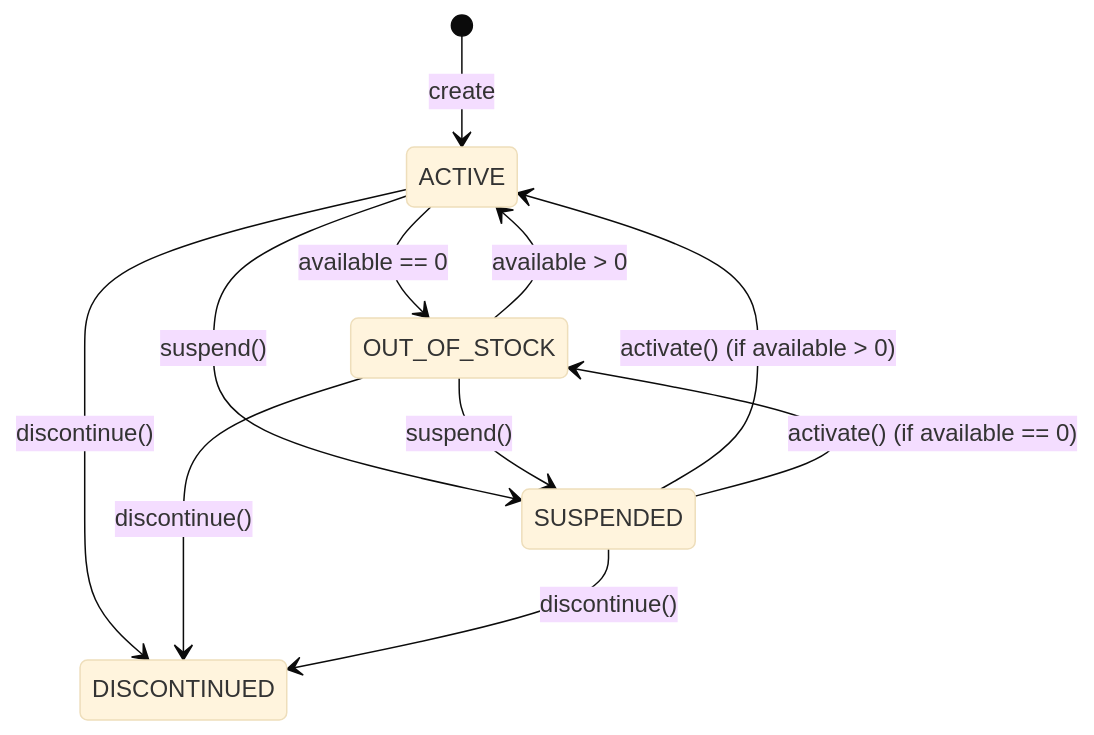
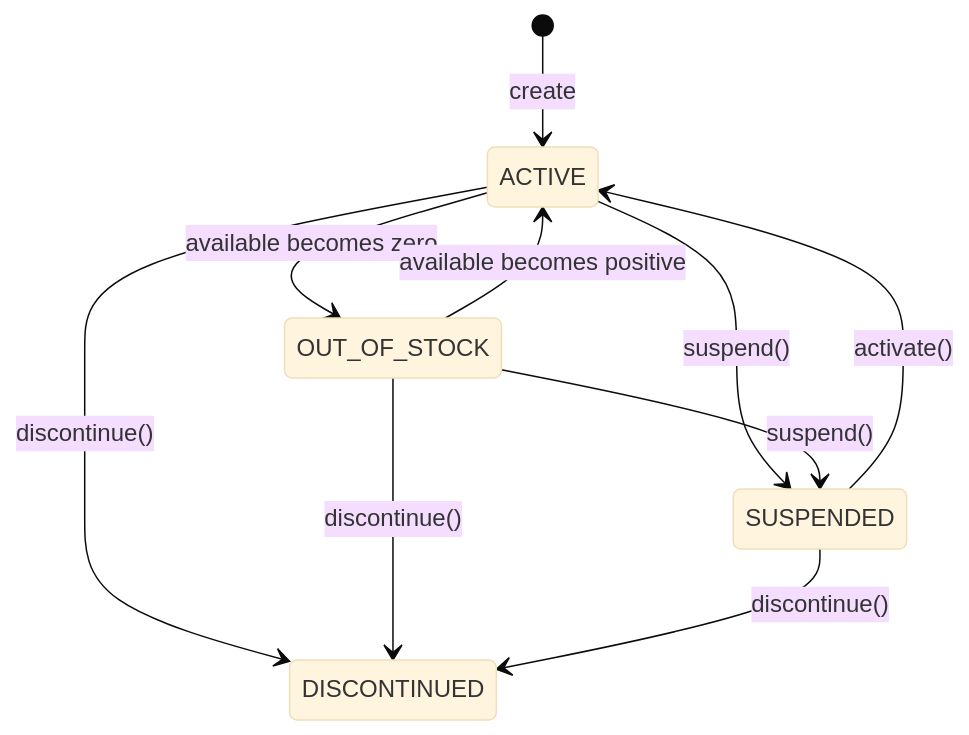
Before and after one commit to khinemyaezin/grab: the third of 3 diagrams in docs/spec/domain/inventory/architecture/inventory-item-domain-spec.md, drawn with Mermaid (base theme). The commit also changed other lines of this file and 47 other files, not shown here.

````diff
--- a/docs/spec/domain/inventory/architecture/inventory-item-domain-spec.md
+++ b/docs/spec/domain/inventory/architecture/inventory-item-domain-spec.md
@@ -147,13 +107,12 @@
 ```mermaid
 stateDiagram-v2
     [*] --> ACTIVE : create
-    ACTIVE --> OUT_OF_STOCK : available == 0
-    OUT_OF_STOCK --> ACTIVE : available > 0
+    ACTIVE --> OUT_OF_STOCK : available becomes zero
+    OUT_OF_STOCK --> ACTIVE : available becomes positive
     ACTIVE --> SUSPENDED : suspend()
     OUT_OF_STOCK --> SUSPENDED : suspend()
-    SUSPENDED --> ACTIVE : activate() (if available > 0)
-    SUSPENDED --> OUT_OF_STOCK : activate() (if available == 0)
     ACTIVE --> DISCONTINUED : discontinue()
     OUT_OF_STOCK --> DISCONTINUED : discontinue()
     SUSPENDED --> DISCONTINUED : discontinue()
+    SUSPENDED --> ACTIVE : activate()
 ```
````
